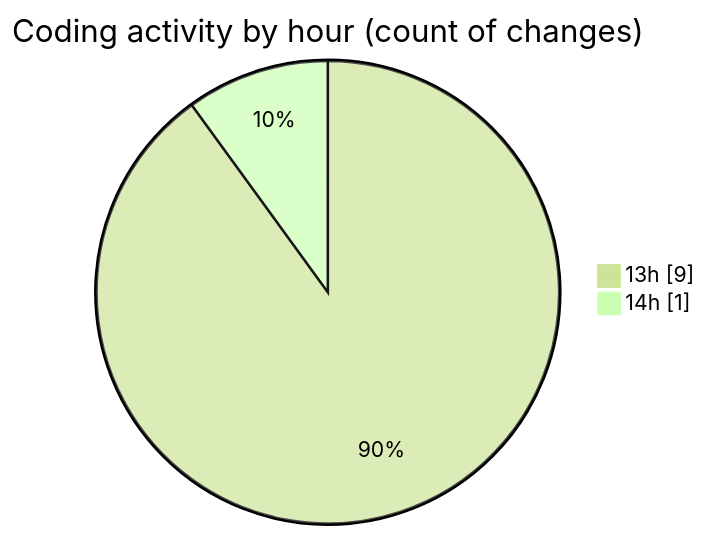
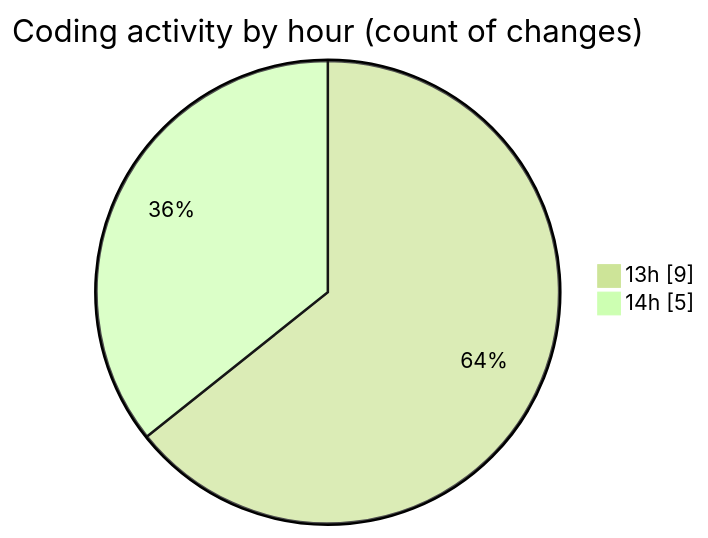
One commit to lephambinh05/code-tracking changed the second of 2 diagrams in 2025-08-10/getmailotp/README.md. Above: the diagram before and after it, drawn with Mermaid (forest theme). The commit also changed other lines of this file and 1 other file, not shown here.

````diff
--- a/2025-08-10/getmailotp/README.md
+++ b/2025-08-10/getmailotp/README.md
@@ -34,6 +36,6 @@
 ```mermaid
 pie showData
 title Coding activity by hour (count of changes)
 "13h" : 9
-"14h" : 1
+"14h" : 5
 ```
````
